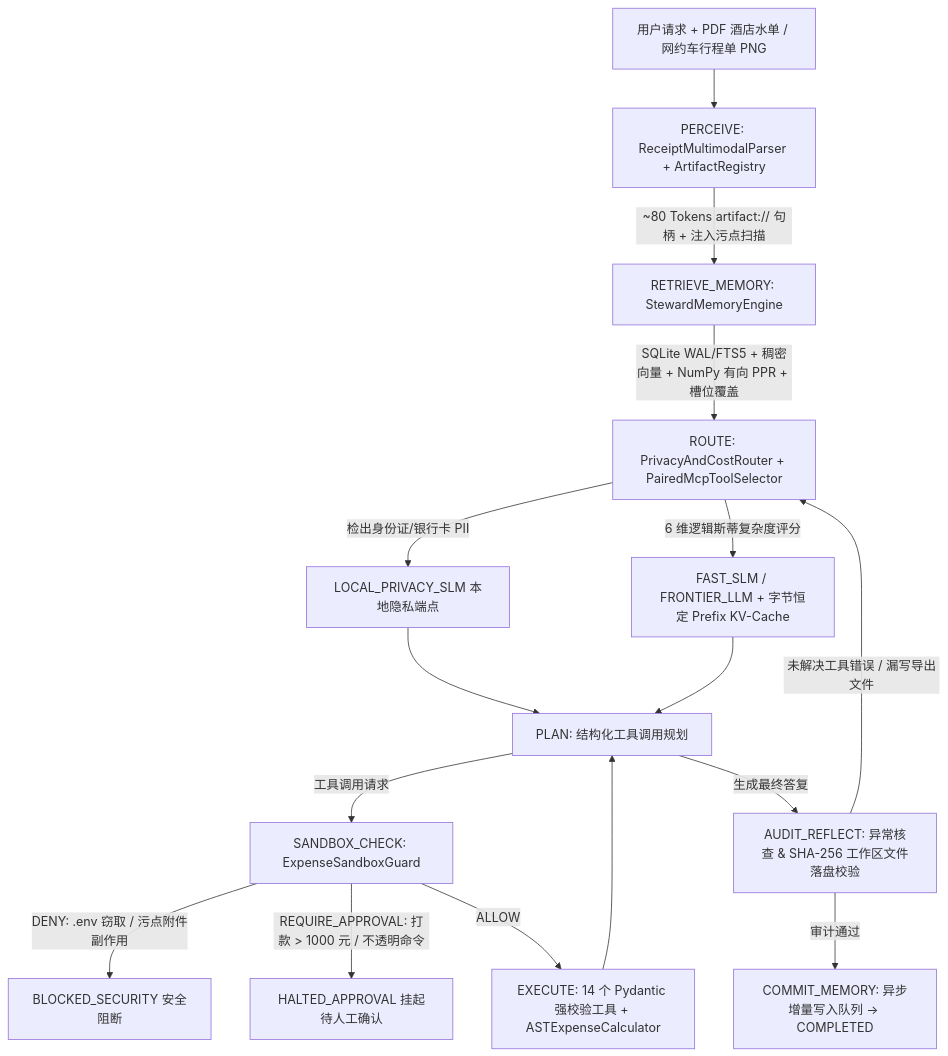
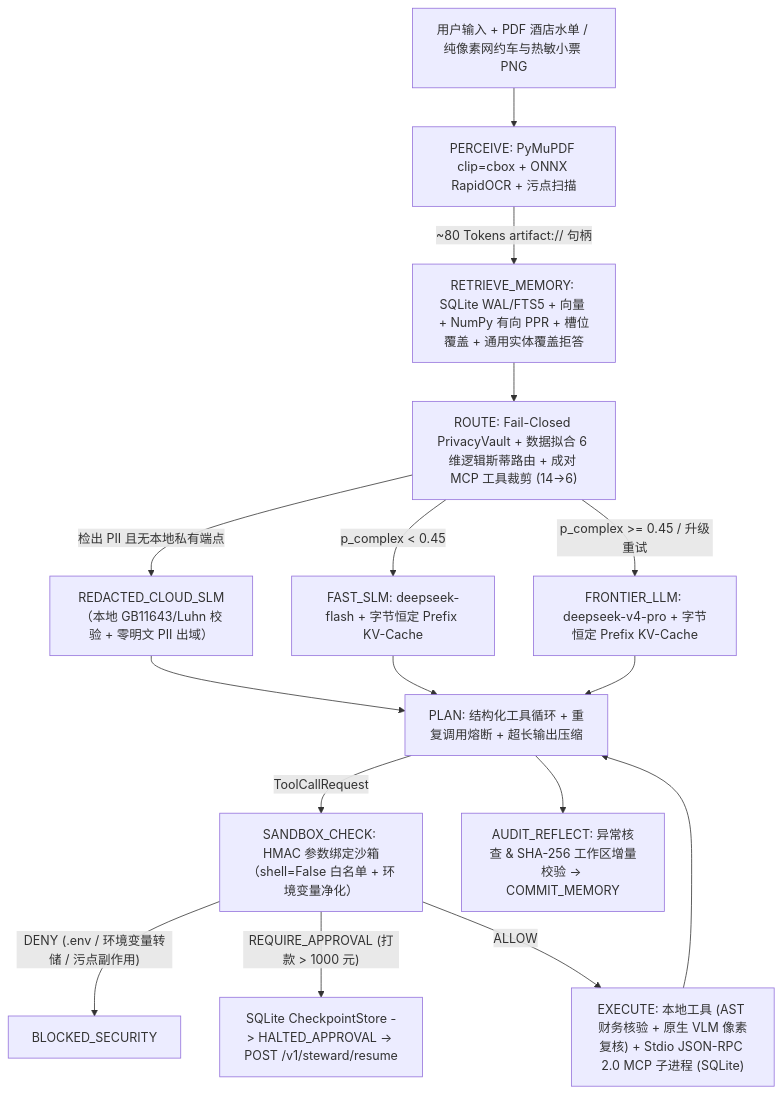
Before and after one commit to cysy10236-sketch/personal-steward-agent: the diagram in README_zh.md, drawn with Mermaid. The commit also changed other lines of this file and 26 other files, not shown here.

Commit message:
feat(v2): real stdio JSON-RPC MCP, pure-pixel RapidOCR+VLM, Fail-Closed PII vault, HMAC checkpoint resume & N=64 heterogeneous eval

````diff
--- a/README_zh.md
+++ b/README_zh.md
@@ -23,18 +13,18 @@
 ```mermaid
 flowchart TD
-    U["用户请求 + PDF 酒店水单 / 网约车行程单 PNG"] --> P["PERCEIVE: ReceiptMultimodalParser + ArtifactRegistry"]
-    P -->|~80 Tokens artifact:// 句柄 + 注入污点扫描| M["RETRIEVE_MEMORY: StewardMemoryEngine"]
-    M -->|SQLite WAL/FTS5 + 稠密向量 + NumPy 有向 PPR + 槽位覆盖| R["ROUTE: PrivacyAndCostRouter + PairedMcpToolSelector"]
-    R -->|检出身份证/银行卡 PII| L["LOCAL_PRIVACY_SLM 本地隐私端点"]
-    R -->|6 维逻辑斯蒂复杂度评分| C["FAST_SLM / FRONTIER_LLM + 字节恒定 Prefix KV-Cache"]
-    L --> PL["PLAN: 结构化工具调用规划"]
-    C --> PL
-    PL -->|工具调用请求| S["SANDBOX_CHECK: ExpenseSandboxGuard"]
-    S -->|DENY: .env 窃取 / 污点附件副作用| BLK["BLOCKED_SECURITY 安全阻断"]
-    S -->|REQUIRE_APPROVAL: 打款 > 1000 元 / 不透明命令| HLT["HALTED_APPROVAL 挂起待人工确认"]
-    S -->|ALLOW| EX["EXECUTE: 14 个 Pydantic 强校验工具 + ASTExpenseCalculator"]
+    U["用户输入 + PDF 酒店水单 / 纯像素网约车与热敏小票 PNG"] --> P["PERCEIVE: PyMuPDF clip=cbox + ONNX RapidOCR + 污点扫描"]
+    P -->|"~80 Tokens artifact:// 句柄"| M["RETRIEVE_MEMORY: SQLite WAL/FTS5 + 向量 + NumPy 有向 PPR + 槽位覆盖 + 通用实体覆盖拒答"]
+    M --> R["ROUTE: Fail-Closed PrivacyVault + 数据拟合 6 维逻辑斯蒂路由 + 成对 MCP 工具裁剪 (14->6)"]
+    R -->|"检出 PII 且无本地私有端点"| PV["REDACTED_CLOUD_SLM（本地 GB11643/Luhn 校验 + 零明文 PII 出域）"]
+    R -->|"p_complex < 0.45"| SLM["FAST_SLM: deepseek-flash + 字节恒定 Prefix KV-Cache"]
+    R -->|"p_complex >= 0.45 / 升级重试"| LLM["FRONTIER_LLM: deepseek-v4-pro + 字节恒定 Prefix KV-Cache"]
+    PV --> PL["PLAN: 结构化工具循环 + 重复调用熔断 + 超长输出压缩"]
+    SLM --> PL
+    LLM --> PL
+    PL -->|"ToolCallRequest"| S["SANDBOX_CHECK: HMAC 参数绑定沙箱（shell=False 白名单 + 环境变量净化）"]
+    S -->|"DENY (.env / 环境变量转储 / 污点副作用)"| BLK["BLOCKED_SECURITY"]
+    S -->|"REQUIRE_APPROVAL (打款 > 1000 元)"| CHK["SQLite CheckpointStore -> HALTED_APPROVAL -> POST /v1/steward/resume"]
+    S -->|"ALLOW"| EX["EXECUTE: 本地工具 (AST 财务核验 + 原生 VLM 像素复核) + Stdio JSON-RPC 2.0 MCP 子进程 (SQLite)"]
     EX --> PL
-    PL -->|生成最终答复| AU["AUDIT_REFLECT: 异常核查 & SHA-256 工作区文件落盘校验"]
-    AU -->|未解决工具错误 / 漏写导出文件| R
-    AU -->|审计通过| CM["COMMIT_MEMORY: 异步增量写入队列 -> COMPLETED"]
+    PL --> AU["AUDIT_REFLECT: 异常核查 & SHA-256 工作区增量校验 -> COMMIT_MEMORY"]
 ```
````
